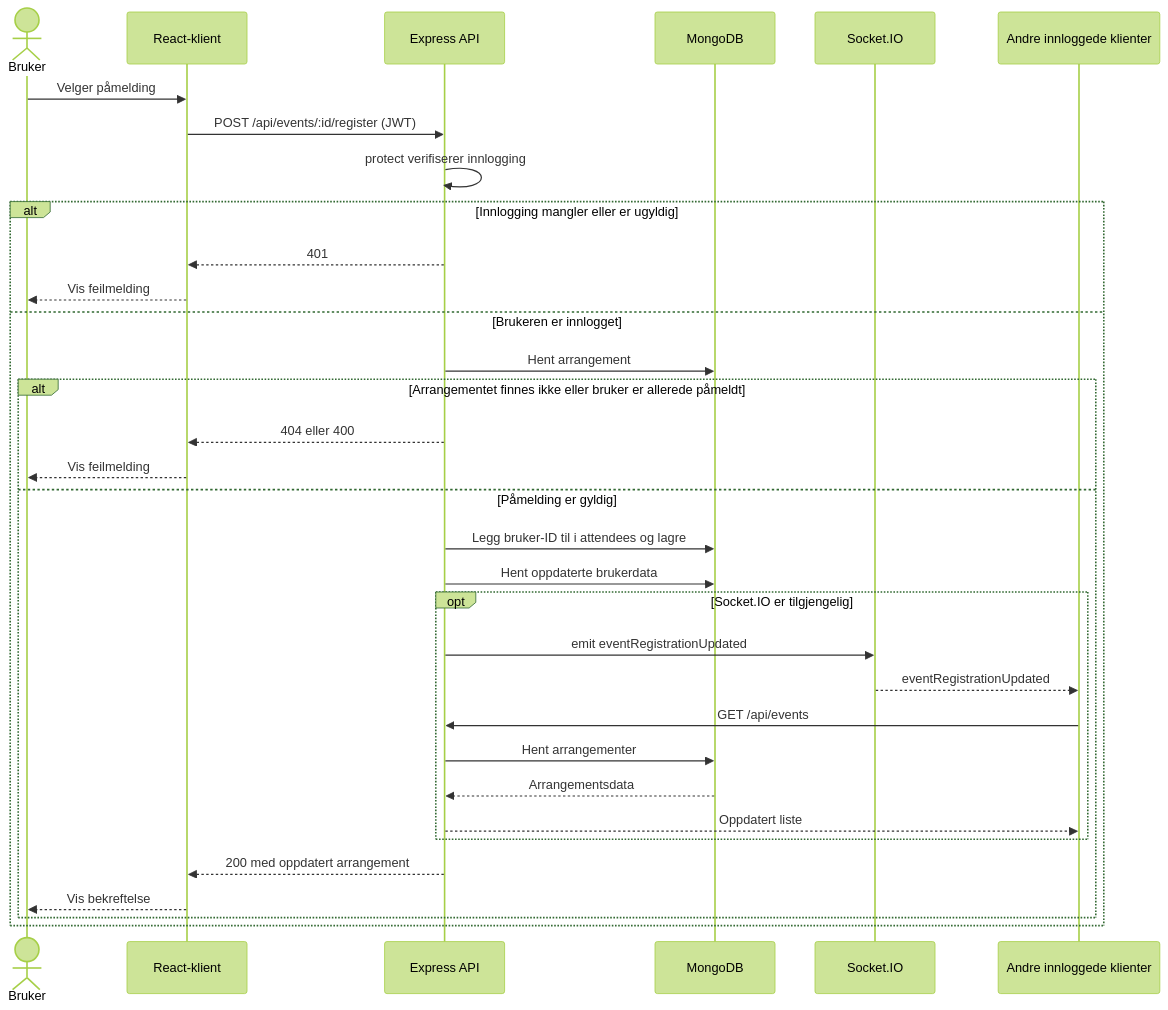
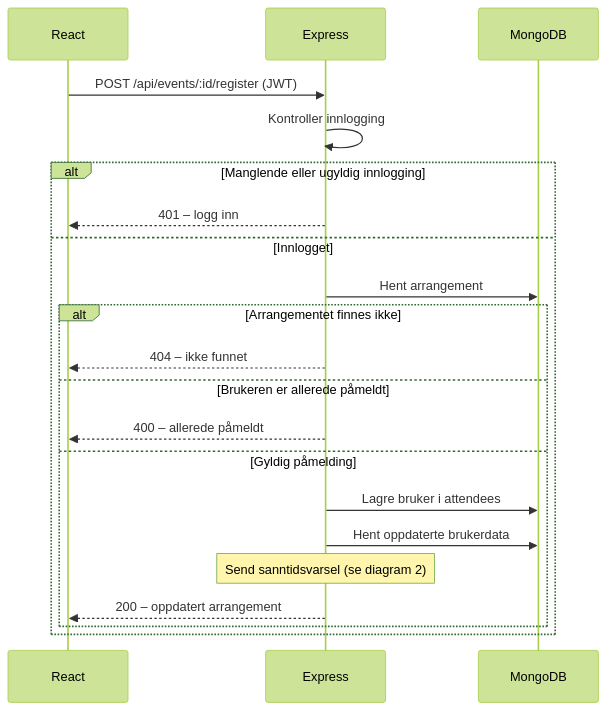
Before and after one commit to Khhashi/eventhub: the fourth of 8 diagrams in docs/ARCHITECTURE.md, drawn with Mermaid (forest theme). The commit also changed other lines of this file and 1 other file, not shown here.

Commit message:
Dokumentasjon: gjør UML-diagrammene lettere å lese

````diff
--- a/docs/ARCHITECTURE.md
+++ b/docs/ARCHITECTURE.md
@@ -144,36 +145,24 @@
 ```mermaid
 sequenceDiagram
-    actor Bruker
-    participant Klient as React-klient
-    participant API as Express API
+    participant Klient as React
+    participant API as Express
     participant DB as MongoDB
-    participant Socket as Socket.IO
-    participant Andre as Andre innloggede klienter
 
-    Bruker->>Klient: Velger påmelding
     Klient->>API: POST /api/events/:id/register (JWT)
-    API->>API: protect verifiserer innlogging
-    alt Innlogging mangler eller er ugyldig
-        API-->>Klient: 401
-        Klient-->>Bruker: Vis feilmelding
-    else Brukeren er innlogget
+    API->>API: Kontroller innlogging
+    alt Manglende eller ugyldig innlogging
+        API-->>Klient: 401 – logg inn
+    else Innlogget
         API->>DB: Hent arrangement
-        alt Arrangementet finnes ikke eller bruker er allerede påmeldt
-            API-->>Klient: 404 eller 400
-            Klient-->>Bruker: Vis feilmelding
-        else Påmelding er gyldig
-            API->>DB: Legg bruker-ID til i attendees og lagre
+        alt Arrangementet finnes ikke
+            API-->>Klient: 404 – ikke funnet
+        else Brukeren er allerede påmeldt
+            API-->>Klient: 400 – allerede påmeldt
+        else Gyldig påmelding
+            API->>DB: Lagre bruker i attendees
             API->>DB: Hent oppdaterte brukerdata
-            opt Socket.IO er tilgjengelig
-                API->>Socket: emit eventRegistrationUpdated
-                Socket-->>Andre: eventRegistrationUpdated
-                Andre->>API: GET /api/events
-                API->>DB: Hent arrangementer
-                DB-->>API: Arrangementsdata
-                API-->>Andre: Oppdatert liste
-            end
-            API-->>Klient: 200 med oppdatert arrangement
-            Klient-->>Bruker: Vis bekreftelse
+            Note over API: Send sanntidsvarsel (se diagram 2)
+            API-->>Klient: 200 – oppdatert arrangement
         end
     end
 ```
````
